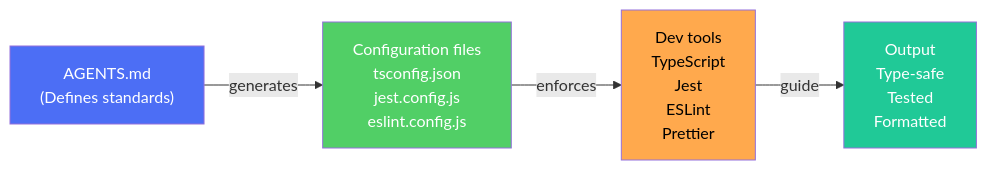
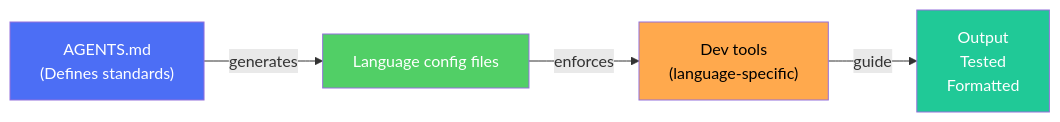
The third of 7 diagrams in docs/architecture.md (lfarizav/hdd-gsd2-hybrid-framework), drawn with Mermaid before and after one commit. The commit also changed other lines of this file and 4 other files, not shown here.

````diff
--- a/docs/architecture.md
+++ b/docs/architecture.md
@@ -175,12 +175,12 @@
 ```mermaid
 graph LR
     AGENTS["AGENTS.md<br/>(Defines standards)"]
-    AGENTS -->|generates| Config["Configuration files<br/>tsconfig.json<br/>jest.config.js<br/>eslint.config.js"]
-    Config -->|enforces| Tools["Dev tools<br/>TypeScript<br/>Jest<br/>ESLint<br/>Prettier"]
-    Tools -->|guide| Output["Output<br/>Type-safe<br/>Tested<br/>Formatted"]
+    AGENTS -->|generates| Config["Language config files"]
+    Config -->|enforces| Tools["Dev tools<br/>(language-specific)"]
+    Tools -->|guide| Output["Output<br/>Tested<br/>Formatted"]
 
     style AGENTS fill:#4c6ef5,color:#fff
     style Config fill:#51cf66,color:#fff
     style Tools fill:#ffa94d,color:#000
     style Output fill:#20c997,color:#fff
 ```
````
